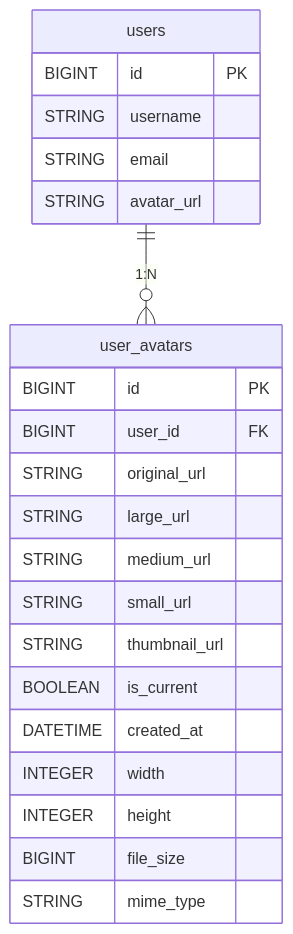
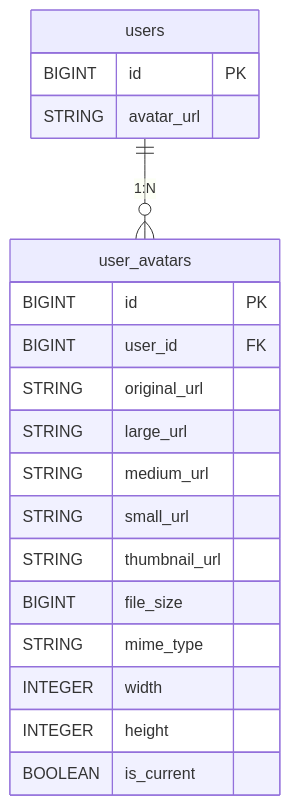
The first of 2 diagrams in wiki/数据库设计/表结构/用户头像表 (user_avatars).md (xingranya/CervixDetectAI), drawn with Mermaid before and after one commit. The commit also changed other lines of this file and 14 other files, not shown here.

First line of the commit message:
feat(storage): 重构影像存储链路并集成图仓远程同步

````diff
--- a/wiki/数据库设计/表结构/用户头像表 (user_avatars).md
+++ b/wiki/数据库设计/表结构/用户头像表 (user_avatars).md
@@ -147,25 +41,22 @@
 ```mermaid
 erDiagram
+users ||--o{ user_avatars : "1:N"
 users {
-BIGINT id PK
-STRING username
-STRING email
-STRING avatar_url
+  BIGINT id PK
+  STRING avatar_url
 }
 user_avatars {
-BIGINT id PK
-BIGINT user_id FK
-STRING original_url
-STRING large_url
-STRING medium_url
-STRING small_url
-STRING thumbnail_url
-BOOLEAN is_current
-DATETIME created_at
-INTEGER width
-INTEGER height
-BIGINT file_size
-STRING mime_type
+  BIGINT id PK
+  BIGINT user_id FK
+  STRING original_url
+  STRING large_url
+  STRING medium_url
+  STRING small_url
+  STRING thumbnail_url
+  BIGINT file_size
+  STRING mime_type
+  INTEGER width
+  INTEGER height
+  BOOLEAN is_current
 }
-users ||--o{ user_avatars : "1:N"
 ```
````
